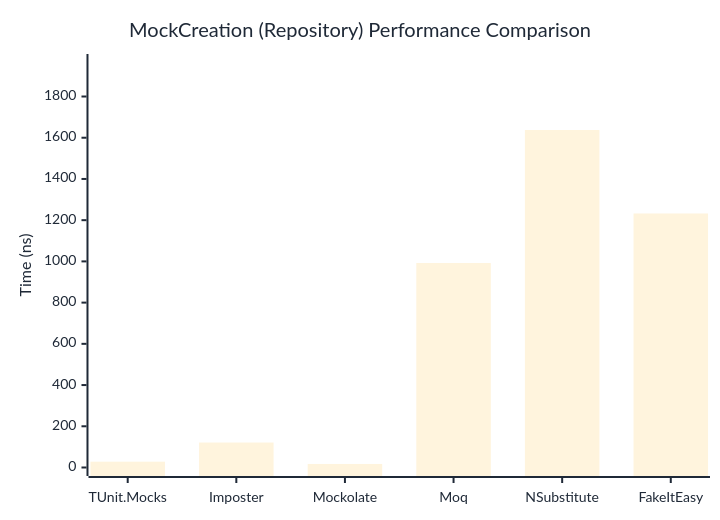
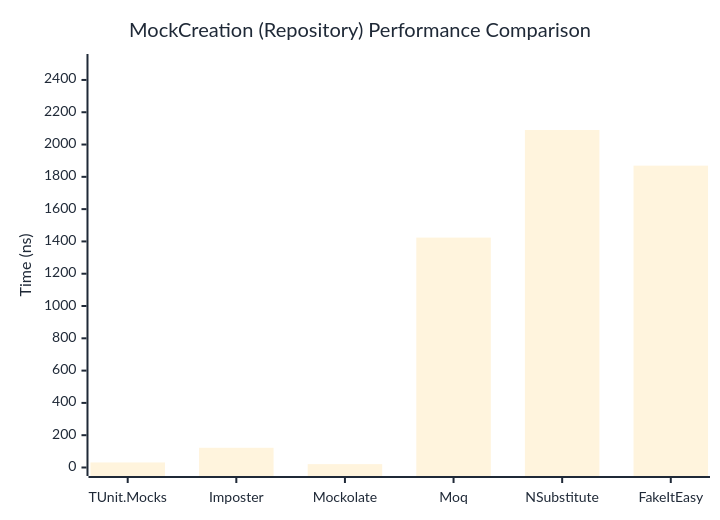
The second of 2 diagrams in docs/docs/benchmarks/mocks/MockCreation.md (thomhurst/TUnit), drawn with Mermaid before and after one commit. The commit also changed other lines of this file and 14 other files, not shown here.

````diff
--- a/docs/docs/benchmarks/mocks/MockCreation.md
+++ b/docs/docs/benchmarks/mocks/MockCreation.md
@@ -71,27 +71,27 @@
 ```mermaid
 %%{init: {
   'theme':'base',
   'themeVariables': {
     'primaryColor': '#2563eb',
     'primaryTextColor': '#1f2937',
     'primaryBorderColor': '#1e40af',
     'lineColor': '#6b7280',
     'secondaryColor': '#7c3aed',
     'tertiaryColor': '#dc2626',
     'background': '#ffffff',
     'pie1': '#2563eb',
     'pie2': '#7c3aed',
     'pie3': '#dc2626',
     'pie4': '#f59e0b',
     'pie5': '#10b981',
     'pie6': '#06b6d4',
     'pie7': '#ec4899',
     'pie8': '#6366f1'
   }
 }}%%
 xychart-beta
   title "MockCreation (Repository) Performance Comparison"
   x-axis ["TUnit.Mocks", "Imposter", "Mockolate", "Moq", "NSubstitute", "FakeItEasy"]
-  y-axis "Time (ns)" 0 --> 1965
-  bar [28.28, 121.16, 17.2, 992.12, 1637.39, 1232.46]
+  y-axis "Time (ns)" 0 --> 2508
+  bar [31.34, 122.13, 20.9, 1423.72, 2089.91, 1869.28]
 ```
````
